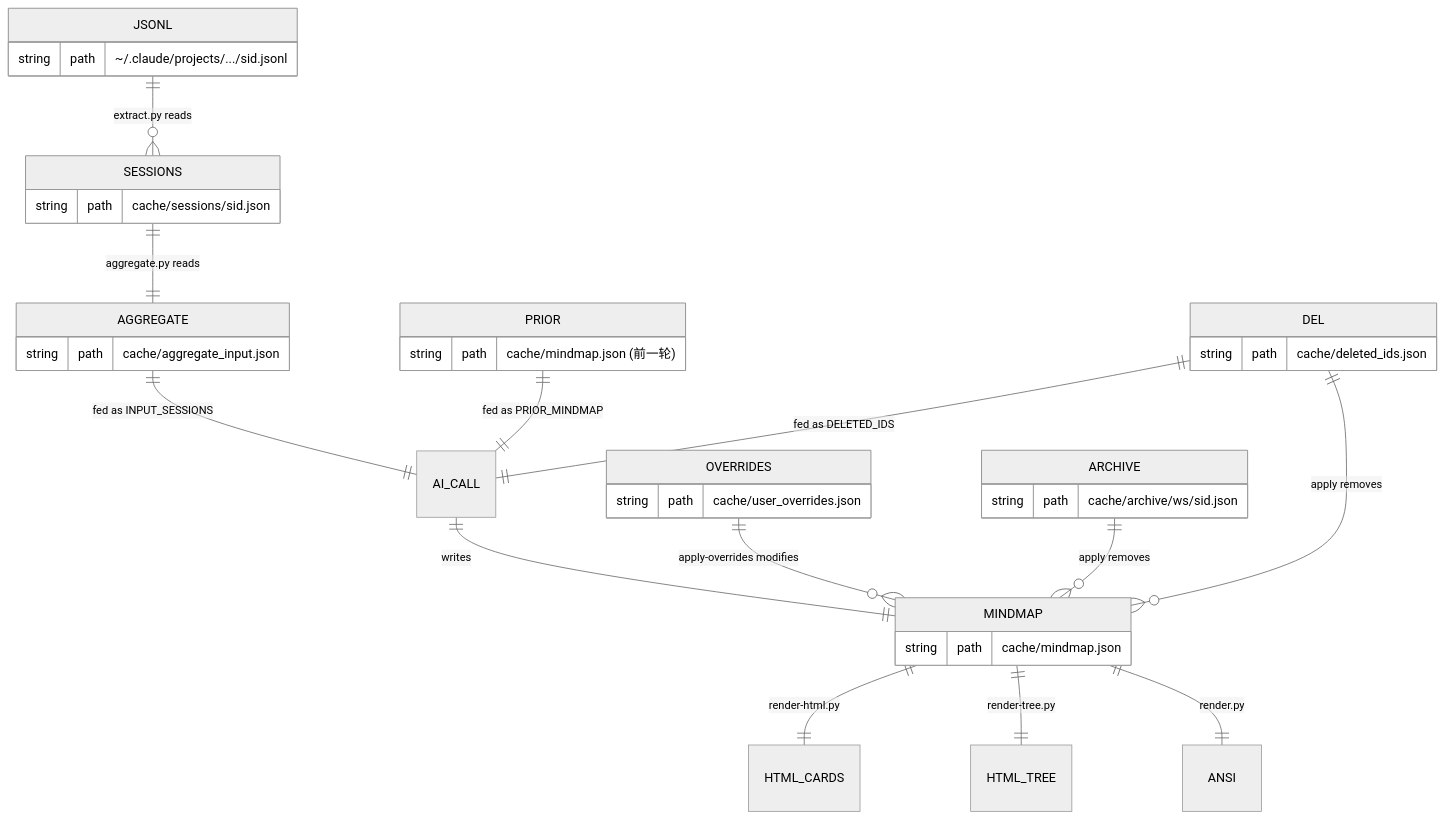
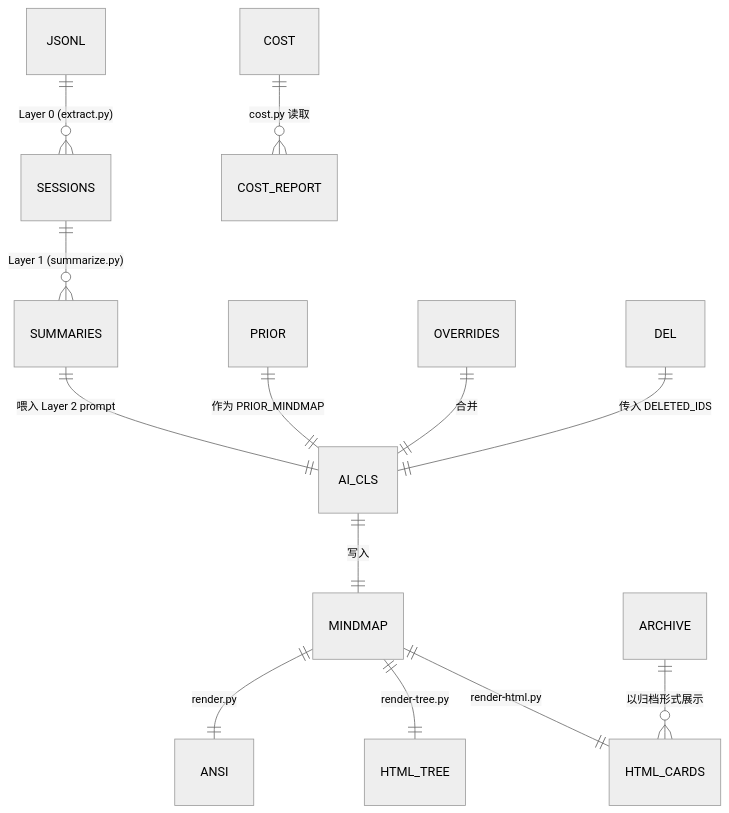
Before and after one commit to Icesource/claude-code-worktree: the fifth of 8 diagrams in docs/zh-CN/ARCHITECTURE.md, drawn with Mermaid (neutral theme). The commit also changed other lines of this file and 1 other file, not shown here.

````diff
--- a/docs/zh-CN/ARCHITECTURE.md
+++ b/docs/zh-CN/ARCHITECTURE.md
@@ -387,24 +322,15 @@
 ```mermaid
 erDiagram
-    JSONL ||--o{ SESSIONS : "extract.py reads"
-    SESSIONS ||--|| AGGREGATE : "aggregate.py reads"
-    AGGREGATE ||--|| AI_CALL : "fed as INPUT_SESSIONS"
-    PRIOR ||--|| AI_CALL : "fed as PRIOR_MINDMAP"
-    DEL ||--|| AI_CALL : "fed as DELETED_IDS"
-    AI_CALL ||--|| MINDMAP : "writes"
+    JSONL ||--o{ SESSIONS : "Layer 0 (extract.py)"
+    SESSIONS ||--o{ SUMMARIES : "Layer 1 (summarize.py)"
+    SUMMARIES ||--|| AI_CLS : "喂入 Layer 2 prompt"
+    PRIOR ||--|| AI_CLS : "作为 PRIOR_MINDMAP"
+    OVERRIDES ||--|| AI_CLS : "合并"
+    DEL ||--|| AI_CLS : "传入 DELETED_IDS"
+    AI_CLS ||--|| MINDMAP : "写入"
     MINDMAP ||--|| HTML_CARDS : "render-html.py"
     MINDMAP ||--|| HTML_TREE : "render-tree.py"
     MINDMAP ||--|| ANSI : "render.py"
-    OVERRIDES ||--o{ MINDMAP : "apply-overrides modifies"
-    ARCHIVE ||--o{ MINDMAP : "apply removes"
-    DEL ||--o{ MINDMAP : "apply removes"
-
-    JSONL { string path "~/.claude/projects/.../sid.jsonl" }
-    SESSIONS { string path "cache/sessions/sid.json" }
-    AGGREGATE { string path "cache/aggregate_input.json" }
-    PRIOR { string path "cache/mindmap.json (前一轮)" }
-    DEL { string path "cache/deleted_ids.json" }
-    OVERRIDES { string path "cache/user_overrides.json" }
-    ARCHIVE { string path "cache/archive/ws/sid.json" }
-    MINDMAP { string path "cache/mindmap.json" }
+    ARCHIVE ||--o{ HTML_CARDS : "以归档形式展示"
+    COST ||--o{ COST_REPORT : "cost.py 读取"
 ```
````
